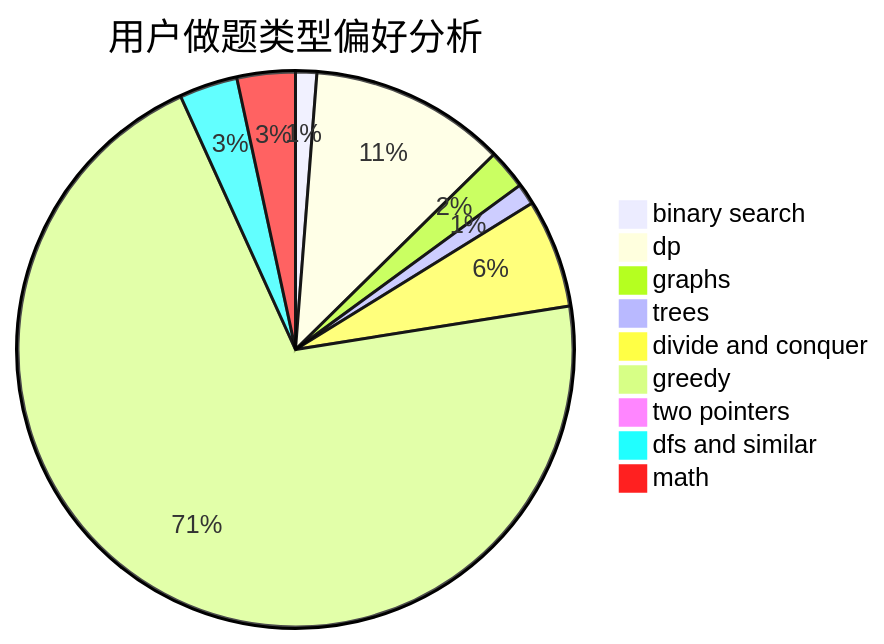
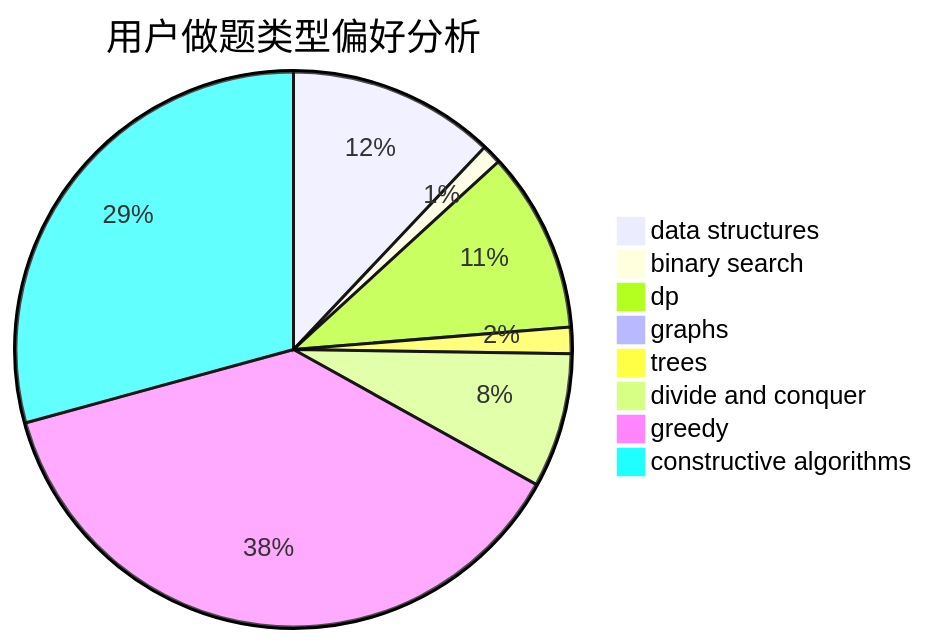
Before and after one commit to sherpahu/cfrs.github.io: the second of 3 diagrams in docs/user/u2524.md, drawn with Mermaid. The commit also changed other lines of this file and 2775 other files, not shown here.

````diff
--- a/docs/user/u2524.md
+++ b/docs/user/u2524.md
@@ -23,12 +23,11 @@
 ```mermaid
 pie title 用户做题类型偏好分析
-    "binary search" :  8
-    "dp" :  74
-    "graphs" :  15
+    "data structures" :  63
+    "binary search" :  6
+    "dp" :  55
+    "graphs" :  0
     "trees" :  8
     "divide and conquer" :  41
-    "greedy" :  459
-    "two pointers" :  2
-    "dfs and similar" :  22
-    "math" :  22
+    "greedy" :  197
+    "constructive algorithms" :  153
 ```
````
